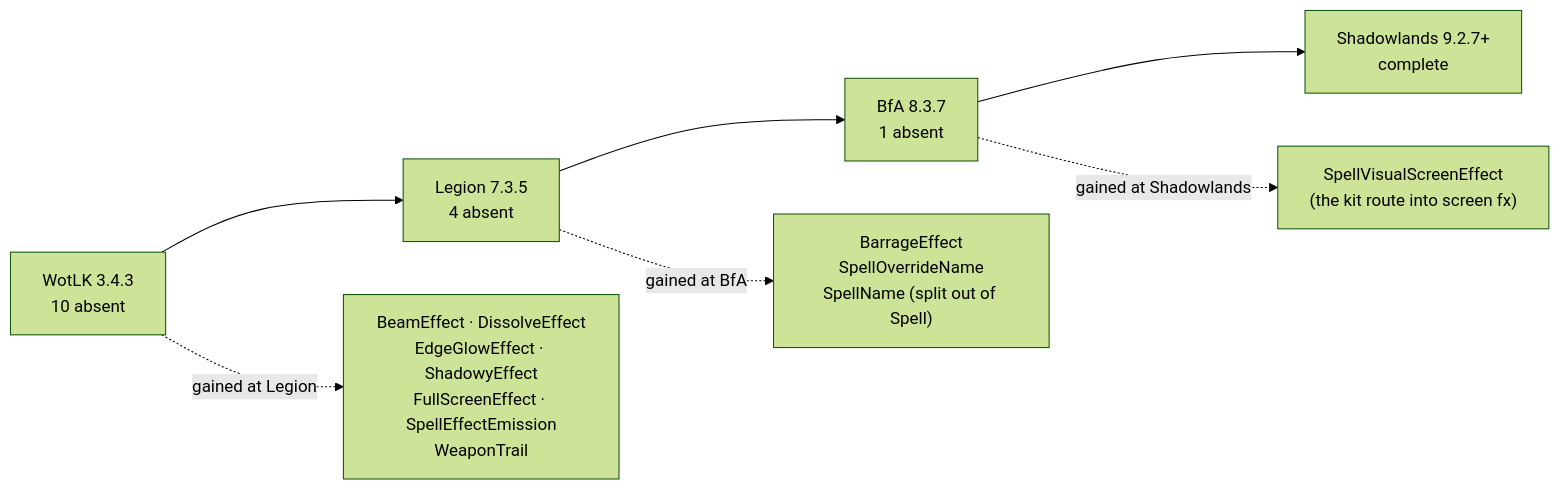
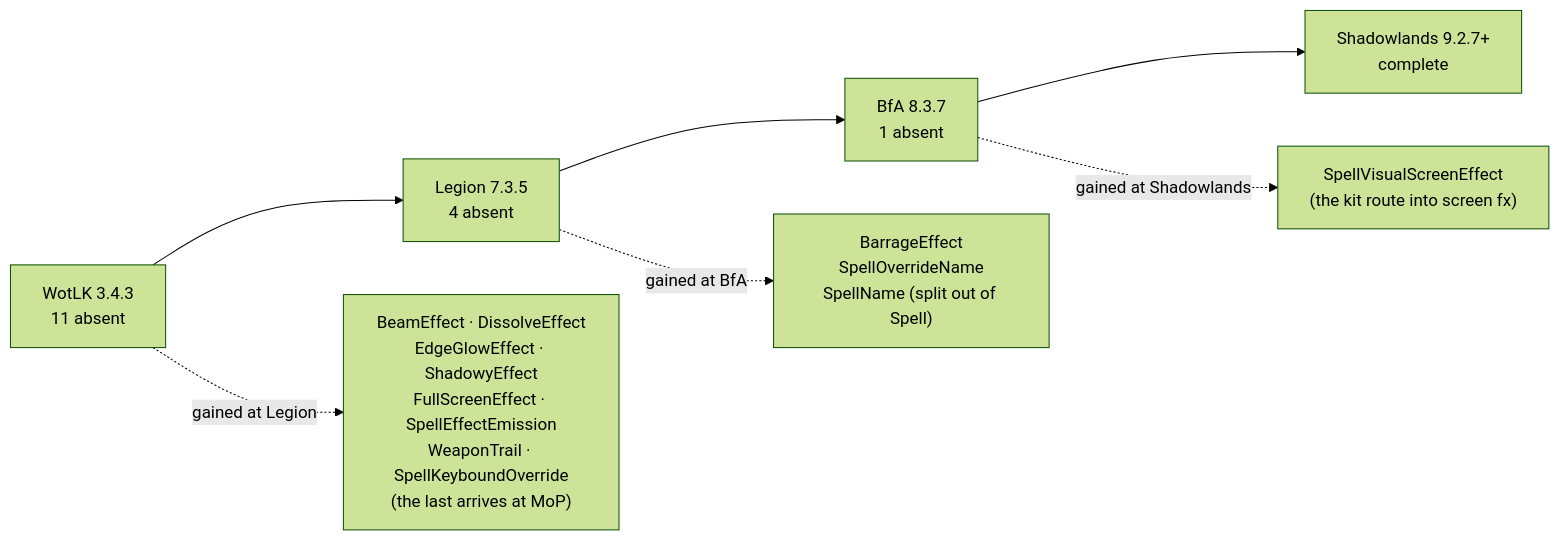
Diagram 16 of 16 in DATA_ROUTES.md (Natans8/Epsilook), drawn with Mermaid (forest theme) before and after one commit. The commit also changed other lines of this file and 19 other files, not shown here.

````diff
--- a/DATA_ROUTES.md
+++ b/DATA_ROUTES.md
@@ -835,8 +995,8 @@
 ```mermaid
 flowchart LR
-  W["WotLK 3.4.3<br/>10 absent"] --> L["Legion 7.3.5<br/>4 absent"] --> B["BfA 8.3.7<br/>1 absent"] --> S["Shadowlands 9.2.7+<br/>complete"]
+  W["WotLK 3.4.3<br/>11 absent"] --> L["Legion 7.3.5<br/>4 absent"] --> B["BfA 8.3.7<br/>1 absent"] --> S["Shadowlands 9.2.7+<br/>complete"]
 
-  W -.->|"gained at Legion"| G1["BeamEffect · DissolveEffect<br/>EdgeGlowEffect · ShadowyEffect<br/>FullScreenEffect · SpellEffectEmission<br/>WeaponTrail"]
+  W -.->|"gained at Legion"| G1["BeamEffect · DissolveEffect<br/>EdgeGlowEffect · ShadowyEffect<br/>FullScreenEffect · SpellEffectEmission<br/>WeaponTrail · SpellKeyboundOverride<br/>(the last arrives at MoP)"]
   L -.->|"gained at BfA"| G2["BarrageEffect<br/>SpellOverrideName<br/>SpellName (split out of Spell)"]
   B -.->|"gained at Shadowlands"| G3["SpellVisualScreenEffect<br/>(the kit route into screen fx)"]
 ```
````
